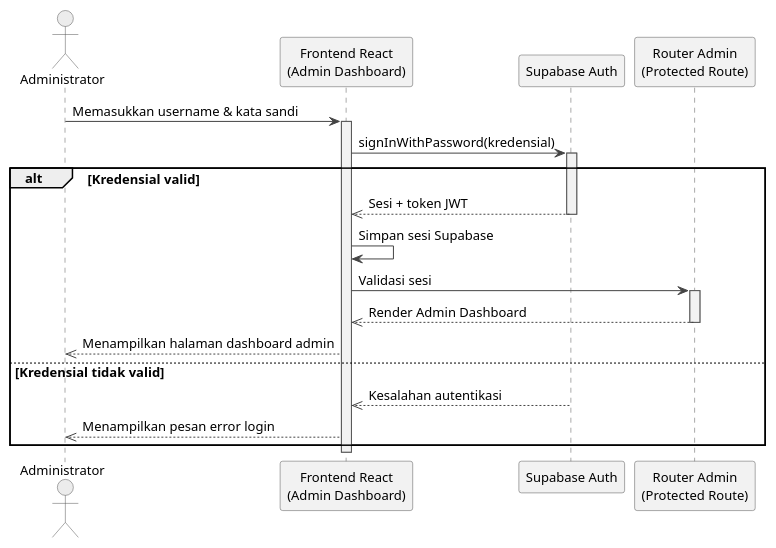
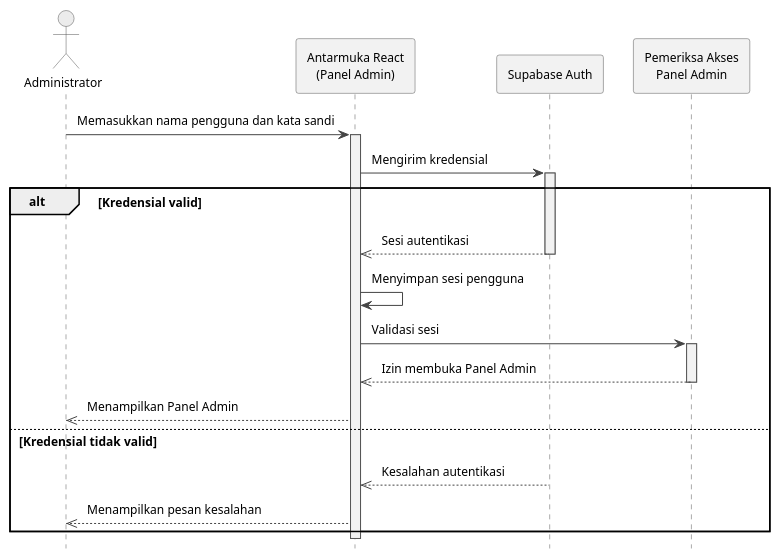
Before and after one commit to Jokskuyy/workflow-ta-proyek: the diagram in diagrams/gambar-2.15-sequence-autentikasi-admin.puml, drawn with PlantUML. The commit also changed 372 other files, not shown here.

```diff
--- a/diagrams/gambar-2.15-sequence-autentikasi-admin.puml
+++ b/diagrams/gambar-2.15-sequence-autentikasi-admin.puml
@@ -1,48 +1,52 @@
 @startuml gambar-2-15-sequence-autentikasi-admin
-' Gambar 2.15 - Sequence Diagram: Autentikasi Administrator
+' Sequence Diagram Autentikasi Administrator
 ' Sumber: BAB II - 2.3.3 Sequence Diagram (a)
 
 skinparam backgroundColor #FFFFFF
 skinparam shadowing false
-skinparam defaultFontName "Segoe UI"
-skinparam defaultFontSize 13
+skinparam defaultFontName "Times New Roman"
+skinparam defaultFontSize 12
 skinparam sequenceArrowColor #444444
 skinparam sequenceLifeLineBorderColor #555555
 skinparam sequenceLifeLineBackgroundColor #F2F2F2
+skinparam ParticipantPadding 10
+skinparam BoxPadding 4
+skinparam Padding 4
 skinparam participant {
   BackgroundColor #F2F2F2
   BorderColor #555555
 }
 skinparam actor {
   BackgroundColor #ECECEC
   BorderColor #555555
 }
 
+hide footbox
 
 actor "Administrator" as Admin
-participant "Frontend React\n(Admin Dashboard)" as FE
+participant "Antarmuka React\n(Panel Admin)" as FE
 participant "Supabase Auth" as Auth
-participant "Router Admin\n(Protected Route)" as Router
+participant "Pemeriksa Akses\nPanel Admin" as Router
 
-Admin -> FE : Memasukkan username & kata sandi
+Admin -> FE : Memasukkan nama pengguna dan kata sandi
 activate FE
-FE -> Auth : signInWithPassword(kredensial)
+FE -> Auth : Mengirim kredensial
 activate Auth
 
 alt Kredensial valid
-  Auth -->> FE : Sesi + token JWT
+  Auth -->> FE : Sesi autentikasi
   deactivate Auth
-  FE -> FE : Simpan sesi Supabase
+  FE -> FE : Menyimpan sesi pengguna
   FE -> Router : Validasi sesi
   activate Router
-  Router -->> FE : Render Admin Dashboard
+  Router -->> FE : Izin membuka Panel Admin
   deactivate Router
-  FE -->> Admin : Menampilkan halaman dashboard admin
+  FE -->> Admin : Menampilkan Panel Admin
 else Kredensial tidak valid
   Auth -->> FE : Kesalahan autentikasi
   deactivate Auth
-  FE -->> Admin : Menampilkan pesan error login
+  FE -->> Admin : Menampilkan pesan kesalahan
 end
 deactivate FE
 
 @enduml
```
